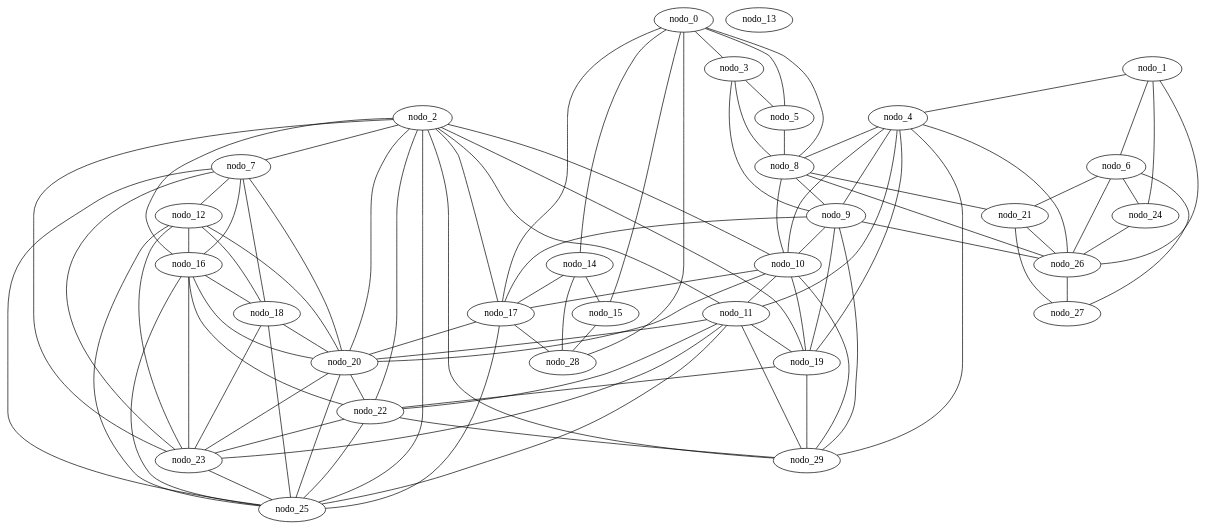
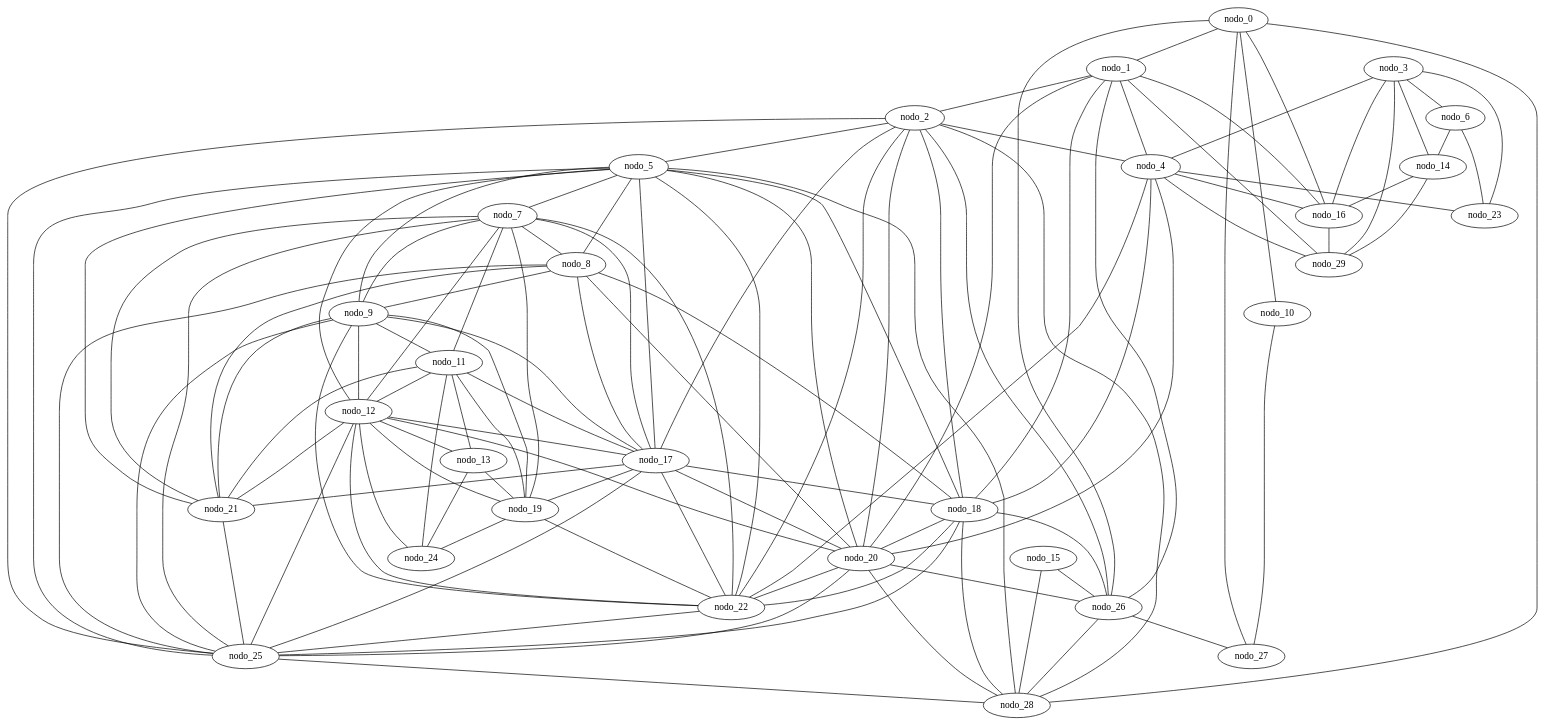
One commit to sinisterra/cic-algoritmos changed the diagram in proyecto01/gen_geografico_30.gv. Above: the diagram before and after it, drawn with Graphviz. The commit also changed 26 other files, not shown here.

```diff
--- a/proyecto01/gen_geografico_30.gv
+++ b/proyecto01/gen_geografico_30.gv
@@ -1,128 +1,115 @@
 graph gen_geografico_30 {
- nodo_0;
- nodo_1;
- nodo_2;
- nodo_3;
- nodo_4;
- nodo_5;
- nodo_6;
- nodo_7;
- nodo_8;
- nodo_9;
- nodo_10;
- nodo_11;
- nodo_12;
- nodo_13;
- nodo_14;
- nodo_15;
- nodo_16;
- nodo_17;
- nodo_18;
- nodo_19;
- nodo_20;
- nodo_21;
- nodo_22;
- nodo_23;
- nodo_24;
- nodo_25;
- nodo_26;
- nodo_27;
- nodo_28;
- nodo_29;
-  nodo_10 -- nodo_19;
-  nodo_0 -- nodo_17;
-  nodo_0 -- nodo_15;
-  nodo_0 -- nodo_14;
+  nodo_1 -- nodo_29;
   nodo_1 -- nodo_26;
-  nodo_1 -- nodo_24;
-  nodo_11 -- nodo_25;
-  nodo_10 -- nodo_11;
-  nodo_14 -- nodo_17;
-  nodo_4 -- nodo_19;
-  nodo_11 -- nodo_23;
-  nodo_14 -- nodo_15;
-  nodo_11 -- nodo_29;
-  nodo_15 -- nodo_28;
-  nodo_10 -- nodo_17;
-  nodo_9 -- nodo_26;
-  nodo_4 -- nodo_11;
-  nodo_4 -- nodo_10;
-  nodo_18 -- nodo_23;
-  nodo_9 -- nodo_29;
-  nodo_18 -- nodo_25;
-  nodo_10 -- nodo_20;
-  nodo_18 -- nodo_20;
-  nodo_8 -- nodo_10;
-  nodo_21 -- nodo_26;
-  nodo_21 -- nodo_27;
-  nodo_0 -- nodo_28;
-  nodo_1 -- nodo_4;
-  nodo_1 -- nodo_6;
-  nodo_3 -- nodo_5;
-  nodo_14 -- nodo_28;
+  nodo_4 -- nodo_16;
+  nodo_14 -- nodo_16;
+  nodo_4 -- nodo_18;
+  nodo_11 -- nodo_24;
+  nodo_9 -- nodo_25;
+  nodo_25 -- nodo_28;
+  nodo_1 -- nodo_20;
+  nodo_9 -- nodo_22;
+  nodo_9 -- nodo_21;
+  nodo_3 -- nodo_4;
+  nodo_14 -- nodo_29;
+  nodo_3 -- nodo_6;
+  nodo_7 -- nodo_19;
   nodo_4 -- nodo_29;
-  nodo_3 -- nodo_8;
-  nodo_3 -- nodo_9;
-  nodo_5 -- nodo_8;
-  nodo_10 -- nodo_29;
+  nodo_17 -- nodo_18;
+  nodo_17 -- nodo_19;
+  nodo_4 -- nodo_20;
+  nodo_7 -- nodo_8;
   nodo_17 -- nodo_25;
-  nodo_8 -- nodo_26;
+  nodo_20 -- nodo_28;
+  nodo_7 -- nodo_9;
+  nodo_4 -- nodo_22;
+  nodo_7 -- nodo_11;
+  nodo_20 -- nodo_26;
   nodo_7 -- nodo_12;
-  nodo_17 -- nodo_28;
   nodo_20 -- nodo_25;
-  nodo_7 -- nodo_18;
-  nodo_20 -- nodo_23;
-  nodo_4 -- nodo_26;
+  nodo_7 -- nodo_17;
+  nodo_17 -- nodo_21;
+  nodo_4 -- nodo_23;
+  nodo_17 -- nodo_22;
   nodo_20 -- nodo_22;
-  nodo_7 -- nodo_16;
-  nodo_24 -- nodo_26;
   nodo_17 -- nodo_20;
-  nodo_8 -- nodo_21;
-  nodo_12 -- nodo_16;
-  nodo_2 -- nodo_16;
   nodo_2 -- nodo_17;
-  nodo_2 -- nodo_19;
-  nodo_16 -- nodo_18;
-  nodo_12 -- nodo_18;
+  nodo_2 -- nodo_18;
   nodo_7 -- nodo_25;
-  nodo_16 -- nodo_25;
-  nodo_7 -- nodo_23;
-  nodo_2 -- nodo_10;
-  nodo_16 -- nodo_20;
-  nodo_2 -- nodo_11;
-  nodo_12 -- nodo_23;
-  nodo_12 -- nodo_20;
-  nodo_16 -- nodo_22;
-  nodo_16 -- nodo_23;
-  nodo_23 -- nodo_25;
-  nodo_7 -- nodo_20;
-  nodo_0 -- nodo_3;
-  nodo_0 -- nodo_5;
+  nodo_7 -- nodo_22;
+  nodo_7 -- nodo_21;
+  nodo_2 -- nodo_4;
+  nodo_2 -- nodo_5;
   nodo_2 -- nodo_25;
-  nodo_0 -- nodo_8;
-  nodo_2 -- nodo_7;
-  nodo_12 -- nodo_25;
-  nodo_2 -- nodo_29;
-  nodo_4 -- nodo_8;
+  nodo_5 -- nodo_18;
+  nodo_2 -- nodo_26;
+  nodo_5 -- nodo_17;
+  nodo_11 -- nodo_12;
+  nodo_2 -- nodo_28;
+  nodo_11 -- nodo_13;
   nodo_11 -- nodo_19;
-  nodo_4 -- nodo_9;
-  nodo_6 -- nodo_21;
-  nodo_6 -- nodo_24;
-  nodo_8 -- nodo_9;
+  nodo_16 -- nodo_29;
+  nodo_11 -- nodo_17;
+  nodo_5 -- nodo_12;
   nodo_2 -- nodo_20;
-  nodo_19 -- nodo_29;
-  nodo_6 -- nodo_26;
+  nodo_11 -- nodo_21;
+  nodo_19 -- nodo_24;
   nodo_2 -- nodo_22;
-  nodo_9 -- nodo_19;
-  nodo_11 -- nodo_22;
-  nodo_2 -- nodo_23;
-  nodo_6 -- nodo_27;
-  nodo_9 -- nodo_17;
-  nodo_11 -- nodo_20;
-  nodo_22 -- nodo_23;
   nodo_19 -- nodo_22;
   nodo_22 -- nodo_25;
+  nodo_0 -- nodo_16;
+  nodo_5 -- nodo_28;
+  nodo_15 -- nodo_28;
+  nodo_5 -- nodo_21;
+  nodo_5 -- nodo_20;
+  nodo_18 -- nodo_26;
+  nodo_5 -- nodo_22;
+  nodo_18 -- nodo_28;
+  nodo_5 -- nodo_25;
+  nodo_8 -- nodo_18;
+  nodo_18 -- nodo_22;
+  nodo_18 -- nodo_25;
+  nodo_8 -- nodo_17;
+  nodo_0 -- nodo_10;
+  nodo_18 -- nodo_20;
+  nodo_21 -- nodo_25;
+  nodo_0 -- nodo_28;
+  nodo_0 -- nodo_27;
+  nodo_0 -- nodo_26;
+  nodo_1 -- nodo_2;
+  nodo_1 -- nodo_4;
+  nodo_3 -- nodo_16;
+  nodo_10 -- nodo_27;
+  nodo_5 -- nodo_7;
+  nodo_5 -- nodo_8;
+  nodo_13 -- nodo_19;
+  nodo_5 -- nodo_9;
+  nodo_8 -- nodo_25;
+  nodo_13 -- nodo_24;
+  nodo_3 -- nodo_14;
+  nodo_8 -- nodo_21;
+  nodo_8 -- nodo_20;
+  nodo_12 -- nodo_13;
+  nodo_3 -- nodo_29;
+  nodo_12 -- nodo_19;
+  nodo_12 -- nodo_17;
+  nodo_12 -- nodo_22;
+  nodo_3 -- nodo_23;
+  nodo_6 -- nodo_14;
+  nodo_12 -- nodo_20;
+  nodo_12 -- nodo_21;
+  nodo_0 -- nodo_1;
+  nodo_1 -- nodo_18;
+  nodo_1 -- nodo_16;
+  nodo_12 -- nodo_24;
+  nodo_12 -- nodo_25;
+  nodo_8 -- nodo_9;
+  nodo_6 -- nodo_23;
+  nodo_15 -- nodo_26;
+  nodo_9 -- nodo_19;
+  nodo_9 -- nodo_17;
   nodo_26 -- nodo_27;
-  nodo_9 -- nodo_10;
-  nodo_22 -- nodo_29;
+  nodo_26 -- nodo_28;
+  nodo_9 -- nodo_12;
+  nodo_9 -- nodo_11;
 }
```
